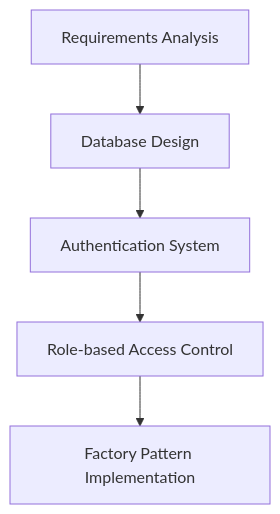
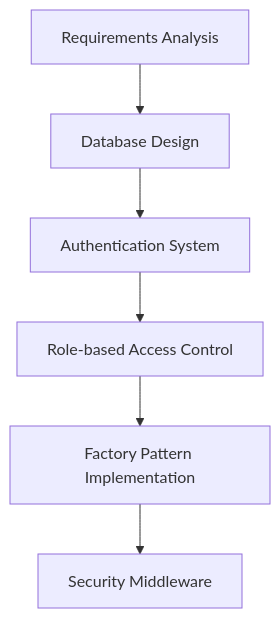
The fourth of 17 diagrams in README.md (Event-Management-Ticketing-System-EMTS/Event-Management-Ticketing-System), drawn with Mermaid before and after one commit. The commit also changed other lines of this file and 1 other file, not shown here.

````diff
--- a/README.md
+++ b/README.md
@@ -54,7 +150,8 @@
 ```mermaid
 graph TD
     A[Requirements Analysis] --> B[Database Design]
     B --> C[Authentication System]
     C --> D[Role-based Access Control]
     D --> E[Factory Pattern Implementation]
+    E --> F[Security Middleware]
 ```
````
